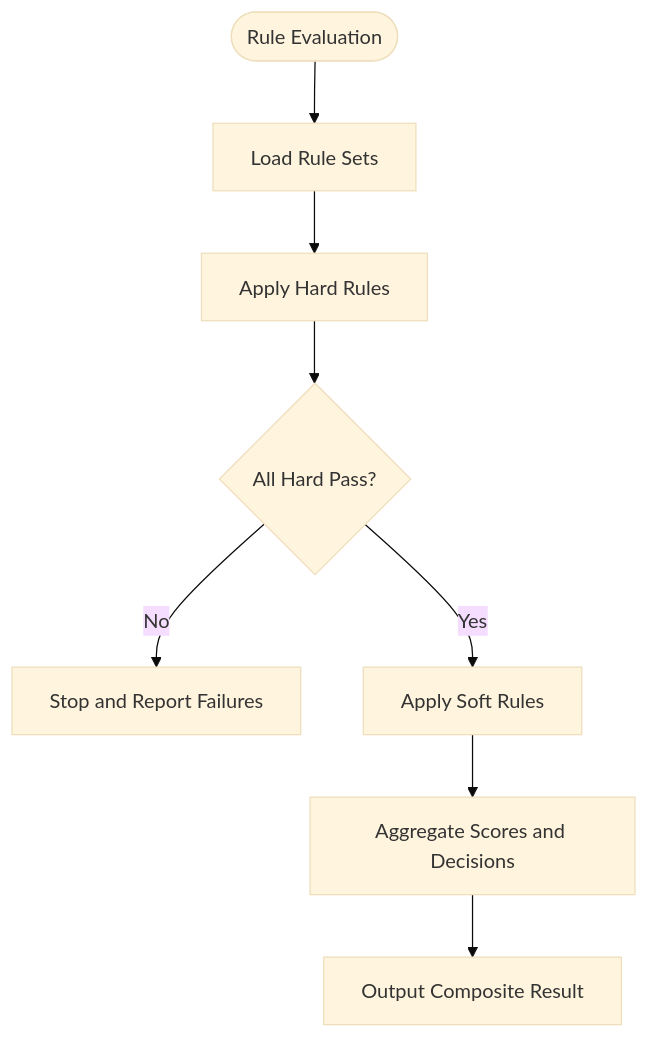
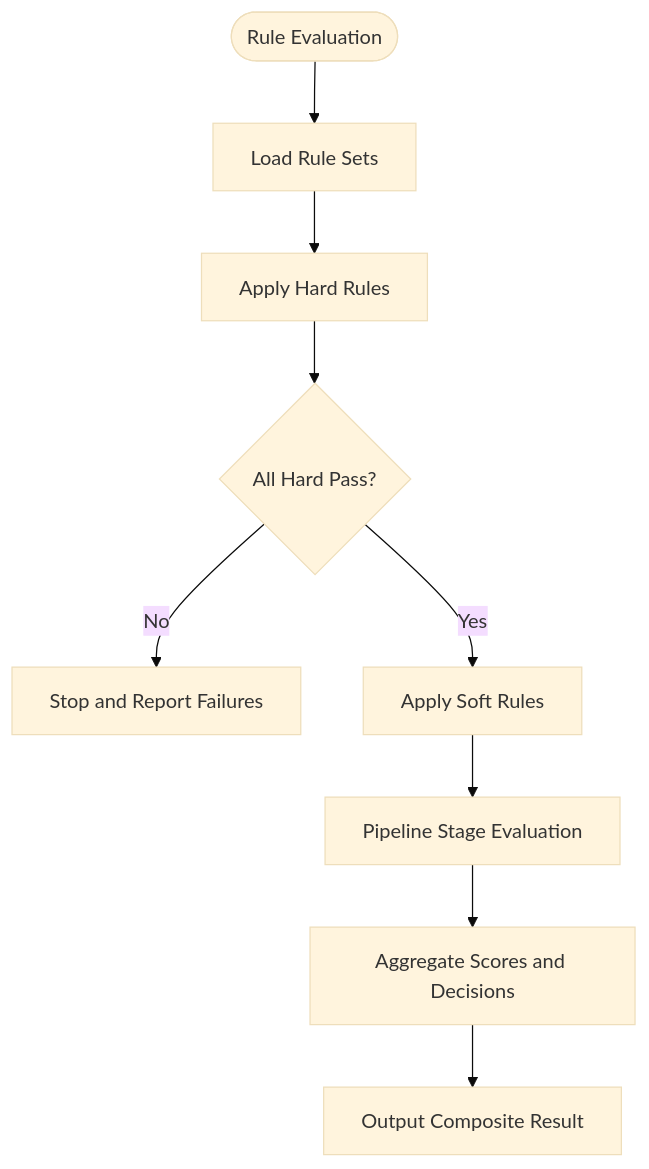
One commit to alibaba-hackathon-fsi/frontend-vaya changed diagram 12 of 13 in .qoder/repowiki/en/content/Loan Engine/Loan Engine.md. Above: the diagram before and after it, drawn with Mermaid (base theme). The commit also changed other lines of this file and 77 other files, not shown here.

````diff
--- a/.qoder/repowiki/en/content/Loan Engine/Loan Engine.md
+++ b/.qoder/repowiki/en/content/Loan Engine/Loan Engine.md
@@ -311,10 +489,11 @@
 ```mermaid
 flowchart TD
 Start(["Rule Evaluation"]) --> LoadSets["Load Rule Sets"]
 LoadSets --> ApplyHard["Apply Hard Rules"]
 ApplyHard --> HardPass{"All Hard Pass?"}
 HardPass --> |No| Stop["Stop and Report Failures"]
 HardPass --> |Yes| ApplySoft["Apply Soft Rules"]
-ApplySoft --> Aggregate["Aggregate Scores and Decisions"]
+ApplySoft --> PipelineEval["Pipeline Stage Evaluation"]
+PipelineEval --> Aggregate["Aggregate Scores and Decisions"]
 Aggregate --> Output["Output Composite Result"]
 ```
````
